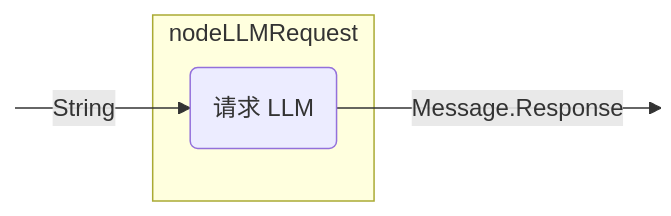
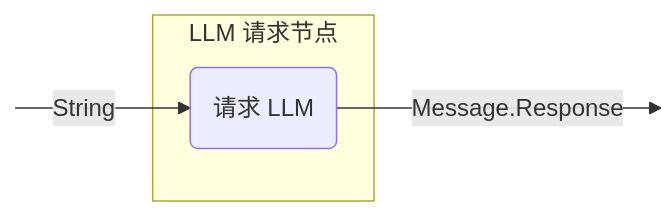
One commit to BinaryTape/Open-Docs changed the sixth of 15 diagrams in docs/koog/nodes-and-components.md. Above: the diagram before and after it, drawn with Mermaid. The commit also changed other lines of this file and 164 other files, not shown here.

````diff
--- a/docs/koog/nodes-and-components.md
+++ b/docs/koog/nodes-and-components.md
@@ -291,13 +290,13 @@
 ```mermaid
 graph LR
     in:::hidden
     out:::hidden
     
-    subgraph node ["nodeLLMRequest"]
+    subgraph node ["LLM 请求节点"]
         execute(请求 LLM)
     end
     
     in --String--> execute --Message.Response--> out
 
     classDef hidden display: none;
 ```
````
